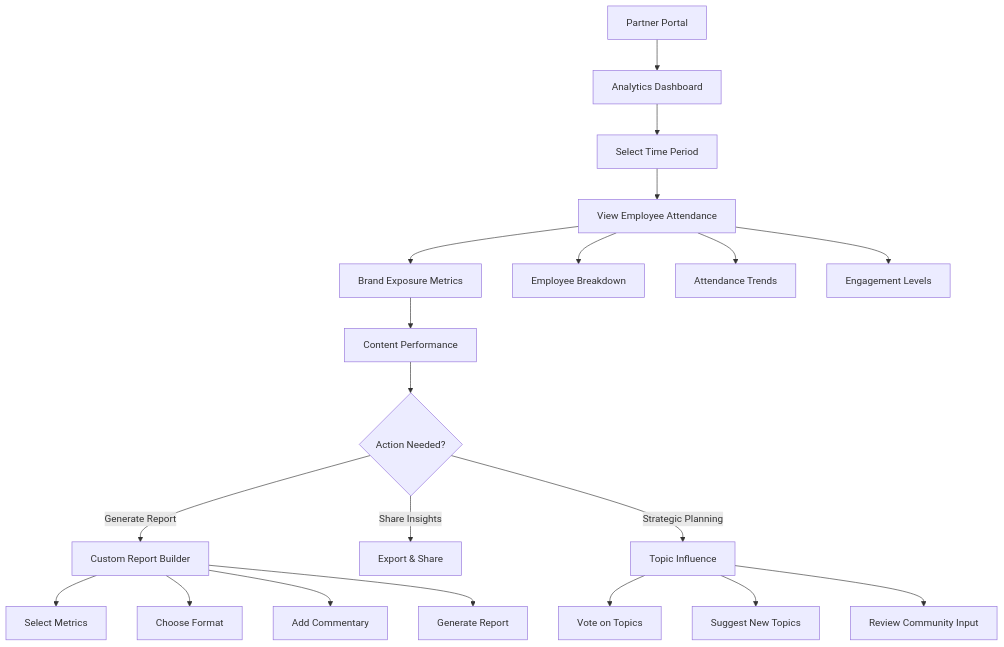
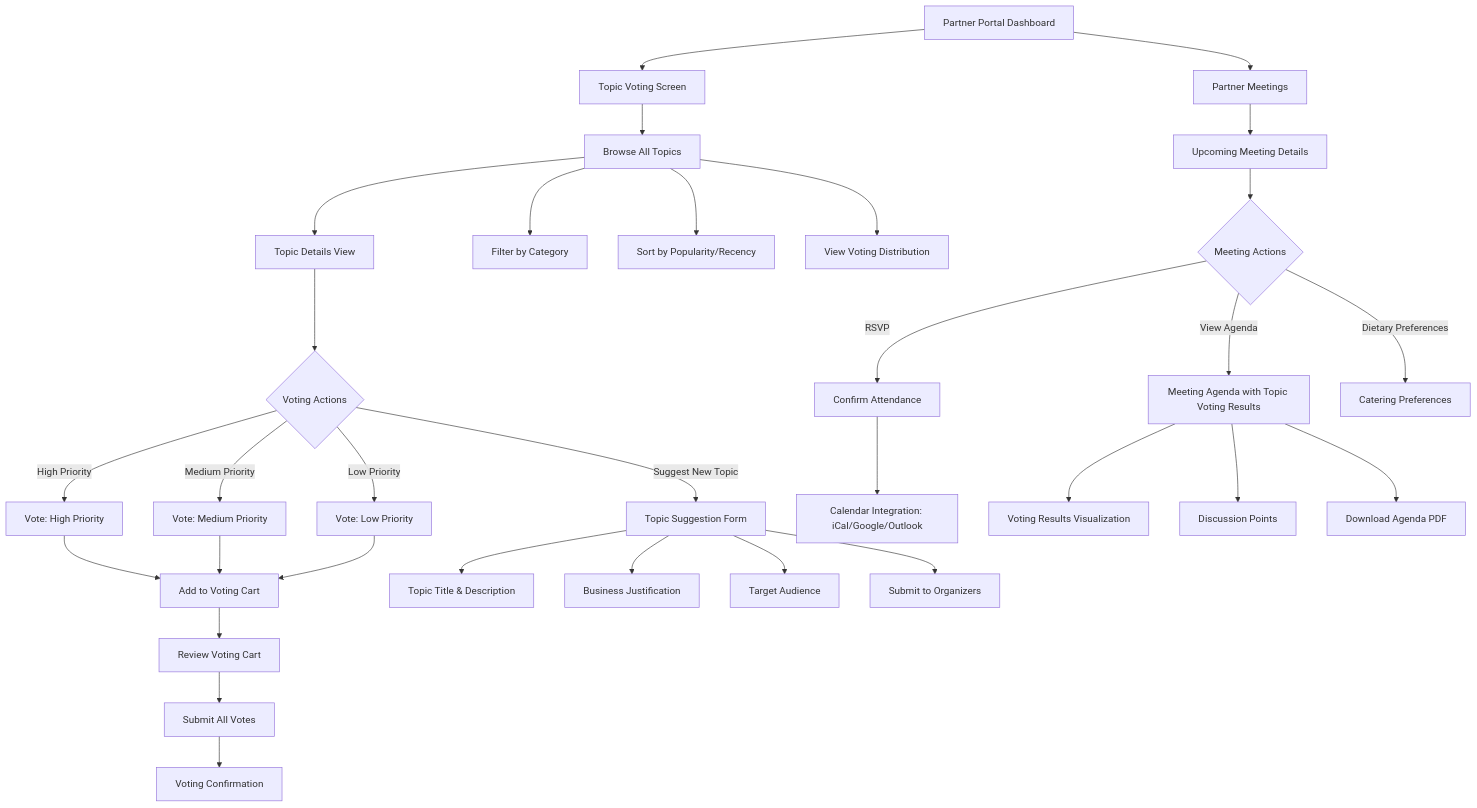
The fourth of 5 diagrams in docs/front-end-spec.md (nissimbuchs/BATbern2), drawn with Mermaid before and after one commit. The commit also changed other lines of this file, not shown here.

````diff
--- a/docs/front-end-spec.md
+++ b/docs/front-end-spec.md
@@ -256,26 +366,43 @@
 ```mermaid
 graph TD
-    A[Partner Portal] --> B[Analytics Dashboard]
-    B --> C[Select Time Period]
-    C --> D[View Employee Attendance]
-    D --> E[Brand Exposure Metrics]
-    E --> F[Content Performance]
-    F --> G{Action Needed?}
+    A[Partner Portal Dashboard] --> B[Topic Voting Screen]
+    B --> C[Browse All Topics]
+    C --> D[Topic Details View]
+    D --> E{Voting Actions}
 
-    G -->|Generate Report| H[Custom Report Builder]
-    G -->|Share Insights| I[Export & Share]
-    G -->|Strategic Planning| J[Topic Influence]
+    E -->|High Priority| F[Vote: High Priority]
+    E -->|Medium Priority| G[Vote: Medium Priority]
+    E -->|Low Priority| H[Vote: Low Priority]
+    E -->|Suggest New Topic| I[Topic Suggestion Form]
 
-    H --> H1[Select Metrics]
-    H --> H2[Choose Format]
-    H --> H3[Add Commentary]
-    H --> H4[Generate Report]
+    F --> J[Add to Voting Cart]
+    G --> J
+    H --> J
 
-    J --> J1[Vote on Topics]
-    J --> J2[Suggest New Topics]
-    J --> J3[Review Community Input]
+    J --> K[Review Voting Cart]
+    K --> L[Submit All Votes]
+    L --> M[Voting Confirmation]
 
-    D --> D1[Employee Breakdown]
-    D --> D2[Attendance Trends]
-    D --> D3[Engagement Levels]
+    A --> N[Partner Meetings]
+    N --> O[Upcoming Meeting Details]
+    O --> P{Meeting Actions}
+
+    P -->|RSVP| Q[Confirm Attendance]
+    P -->|View Agenda| R[Meeting Agenda with Topic Voting Results]
+    P -->|Dietary Preferences| S[Catering Preferences]
+
+    Q --> T[Calendar Integration: iCal/Google/Outlook]
+
+    I --> I1[Topic Title & Description]
+    I --> I2[Business Justification]
+    I --> I3[Target Audience]
+    I --> I4[Submit to Organizers]
+
+    C --> C1[Filter by Category]
+    C --> C2[Sort by Popularity/Recency]
+    C --> C3[View Voting Distribution]
+
+    R --> R1[Voting Results Visualization]
+    R --> R2[Discussion Points]
+    R --> R3[Download Agenda PDF]
 ```
````
